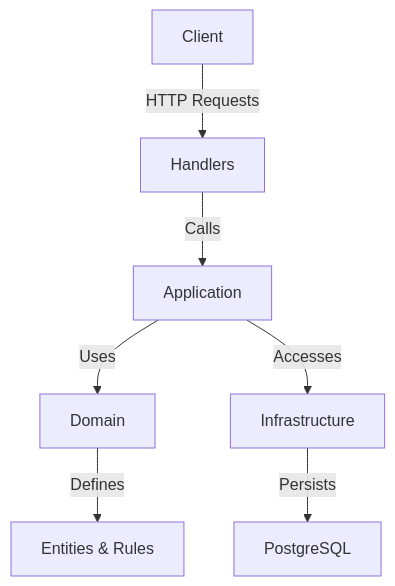
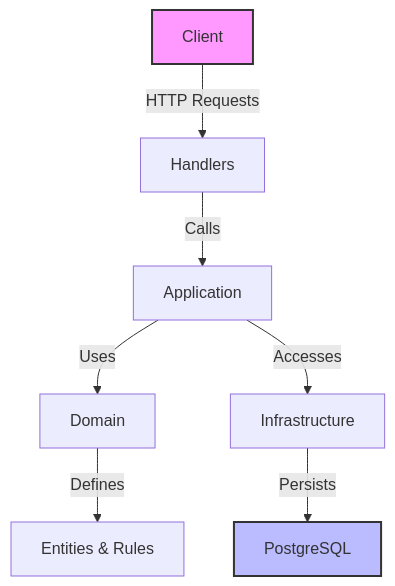
One commit to ltphat2204/domain-driven-golang changed the first of 2 diagrams in README.MD. Above: the diagram before and after it, drawn with Mermaid. The commit also changed other lines of this file and 13 other files, not shown here.

````diff
--- a/README.MD
+++ b/README.MD
@@ -50,9 +45,11 @@
 ```mermaid
 graph TD
     A[Client] -->|HTTP Requests| B[Handlers]
     B -->|Calls| C[Application]
     C -->|Uses| D[Domain]
     C -->|Accesses| E[Infrastructure]
     E -->|Persists| F[PostgreSQL]
     D -->|Defines| G[Entities & Rules]
+    style A fill:#f9f,stroke:#333,stroke-width:2px
+    style F fill:#bbf,stroke:#333,stroke-width:2px
 ```
````
